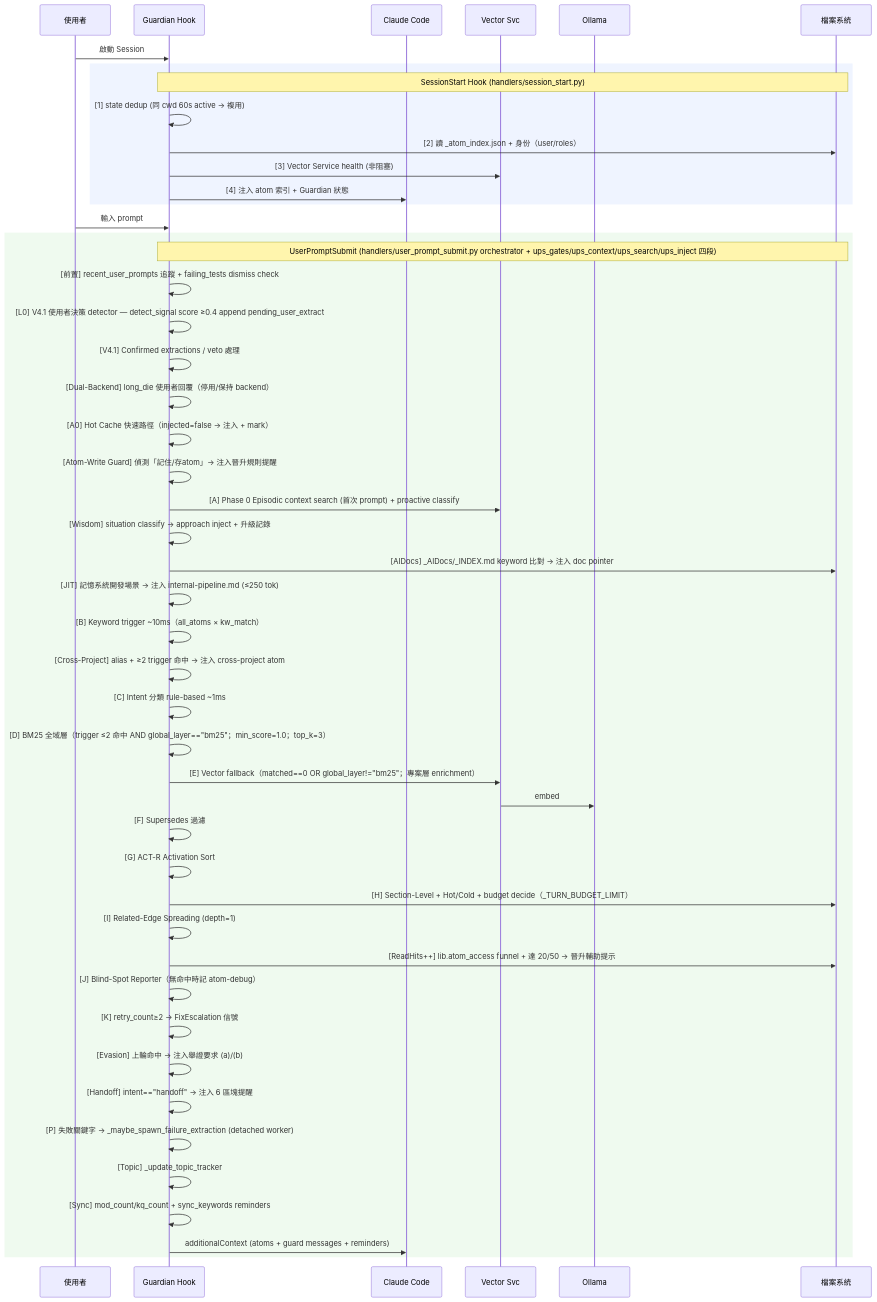
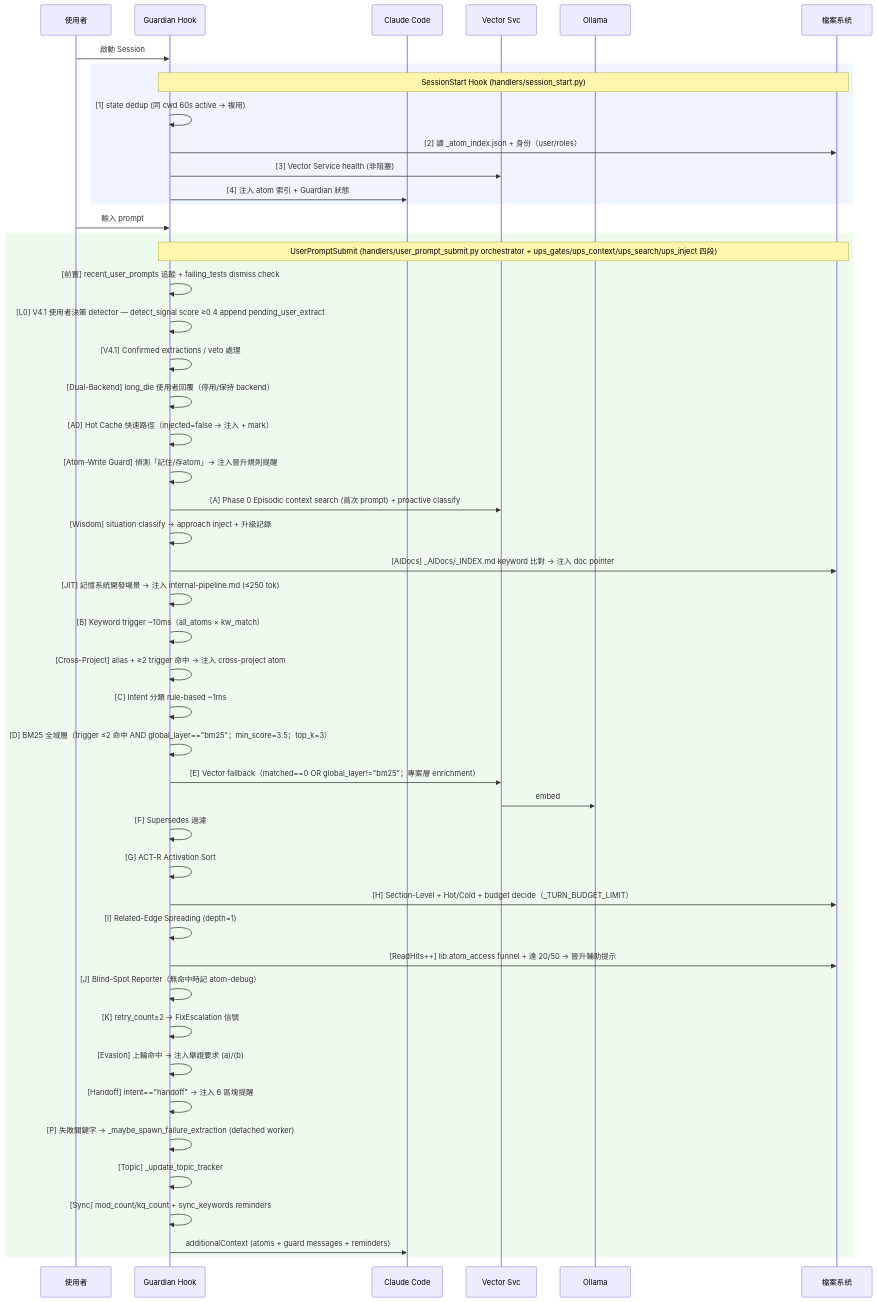
One commit to holylight1979/AtomicMemory-ClaudeCode changed the first of 4 diagrams in TECH.md. Above: the diagram before and after it, drawn with Mermaid. The commit also changed other lines of this file and 12 other files, not shown here.

First line of the commit message:
docs(audit): P6 文件收尾封頂 — TECH/Architecture/SPEC/Install 逐值對齊審查後實碼

````diff
--- a/TECH.md
+++ b/TECH.md
@@ -370,52 +377,52 @@
 ```mermaid
 sequenceDiagram
     participant U as 使用者
     participant G as Guardian Hook
     participant C as Claude Code
     participant V as Vector Svc
     participant O as Ollama
     participant F as 檔案系統
 
     U->>G: 啟動 Session
     rect rgba(100,150,255,0.1)
         note over G,F: SessionStart Hook (handlers/session_start.py)
         G->>G: [1] state dedup (同 cwd 60s active → 複用)
         G->>F: [2] 讀 _atom_index.json + 身份（user/roles）
         G->>V: [3] Vector Service health (非阻塞)
         G->>C: [4] 注入 atom 索引 + Guardian 狀態
     end
 
     U->>G: 輸入 prompt
     rect rgba(100,200,100,0.1)
         note over G,F: UserPromptSubmit (handlers/user_prompt_submit.py orchestrator + ups_gates/ups_context/ups_search/ups_inject 四段)
         G->>G: [前置] recent_user_prompts 追蹤 + failing_tests dismiss check
         G->>G: [L0] V4.1 使用者決策 detector — detect_signal score ≥0.4 append pending_user_extract
         G->>G: [V4.1] Confirmed extractions / veto 處理
         G->>G: [Dual-Backend] long_die 使用者回覆（停用/保持 backend）
         G->>G: [A0] Hot Cache 快速路徑（injected=false → 注入 + mark）
         G->>G: [Atom-Write Guard] 偵測「記住/存atom」→ 注入晉升規則提醒
         G->>V: [A] Phase 0 Episodic context search (首次 prompt) + proactive classify
         G->>G: [Wisdom] situation classify → approach inject + 升級記錄
         G->>F: [AIDocs] _AIDocs/_INDEX.md keyword 比對 → 注入 doc pointer
         G->>G: [JIT] 記憶系統開發場景 → 注入 internal-pipeline.md (≤250 tok)
         G->>G: [B] Keyword trigger ~10ms（all_atoms × kw_match）
         G->>G: [Cross-Project] alias + ≥2 trigger 命中 → 注入 cross-project atom
         G->>G: [C] Intent 分類 rule-based ~1ms
-        G->>G: [D] BM25 全域層（trigger ≤2 命中 AND global_layer=="bm25"；min_score=1.0；top_k=3）
+        G->>G: [D] BM25 全域層（trigger ≤2 命中 AND global_layer=="bm25"；min_score=3.5；top_k=3）
         G->>V: [E] Vector fallback（matched==0 OR global_layer!="bm25"；專案層 enrichment）
         V->>O: embed
         G->>G: [F] Supersedes 過濾
         G->>G: [G] ACT-R Activation Sort
         G->>F: [H] Section-Level + Hot/Cold + budget decide（_TURN_BUDGET_LIMIT）
         G->>G: [I] Related-Edge Spreading (depth=1)
         G->>F: [ReadHits++] lib.atom_access funnel + 達 20/50 → 晉升輔助提示
         G->>G: [J] Blind-Spot Reporter（無命中時記 atom-debug）
         G->>G: [K] retry_count≥2 → FixEscalation 信號
         G->>G: [Evasion] 上輪命中 → 注入舉證要求 (a)/(b)
         G->>G: [Handoff] intent=="handoff" → 注入 6 區塊提醒
         G->>G: [P] 失敗關鍵字 → _maybe_spawn_failure_extraction (detached worker)
         G->>G: [Topic] _update_topic_tracker
         G->>G: [Sync] mod_count/kq_count + sync_keywords reminders
         G->>C: additionalContext (atoms + guard messages + reminders)
     end
 ```
````
